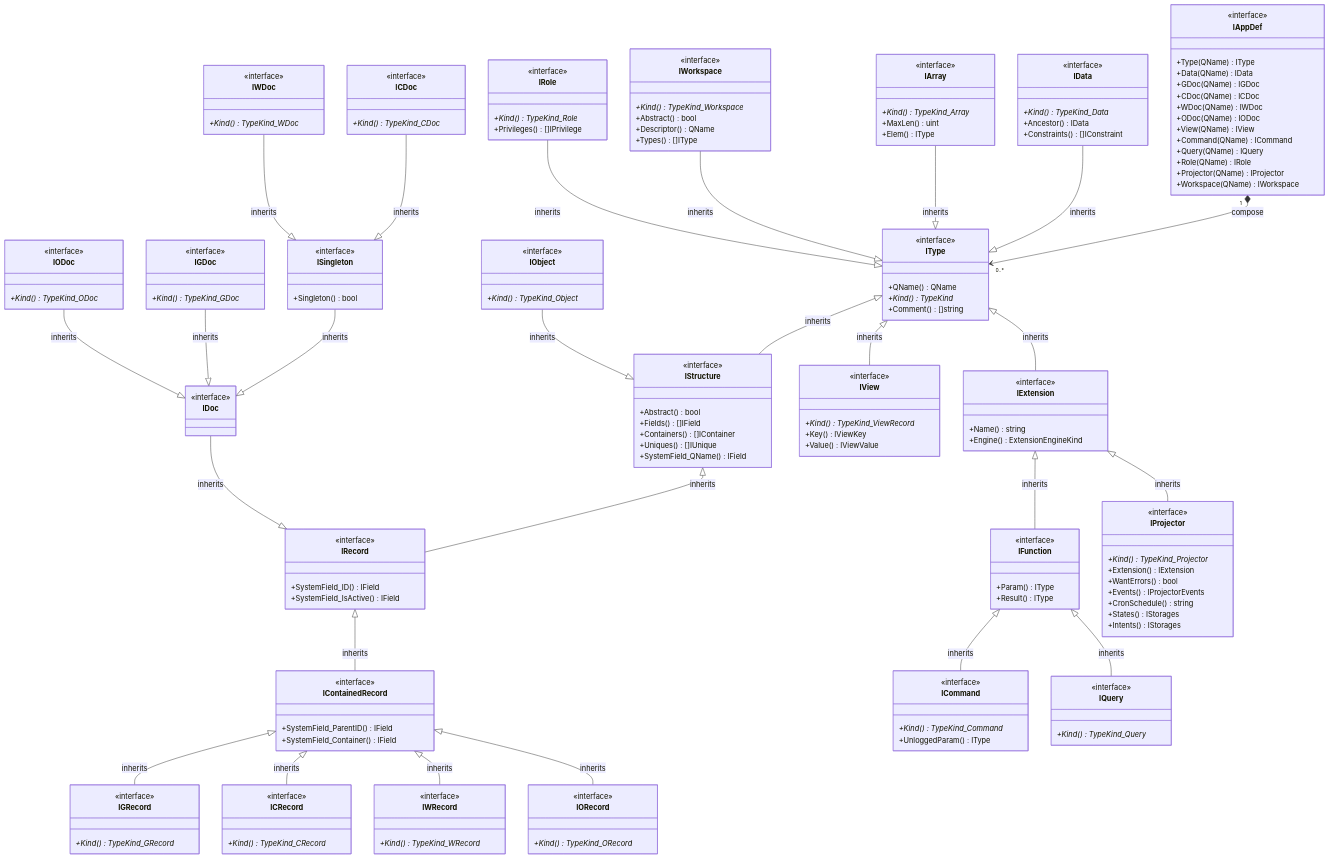
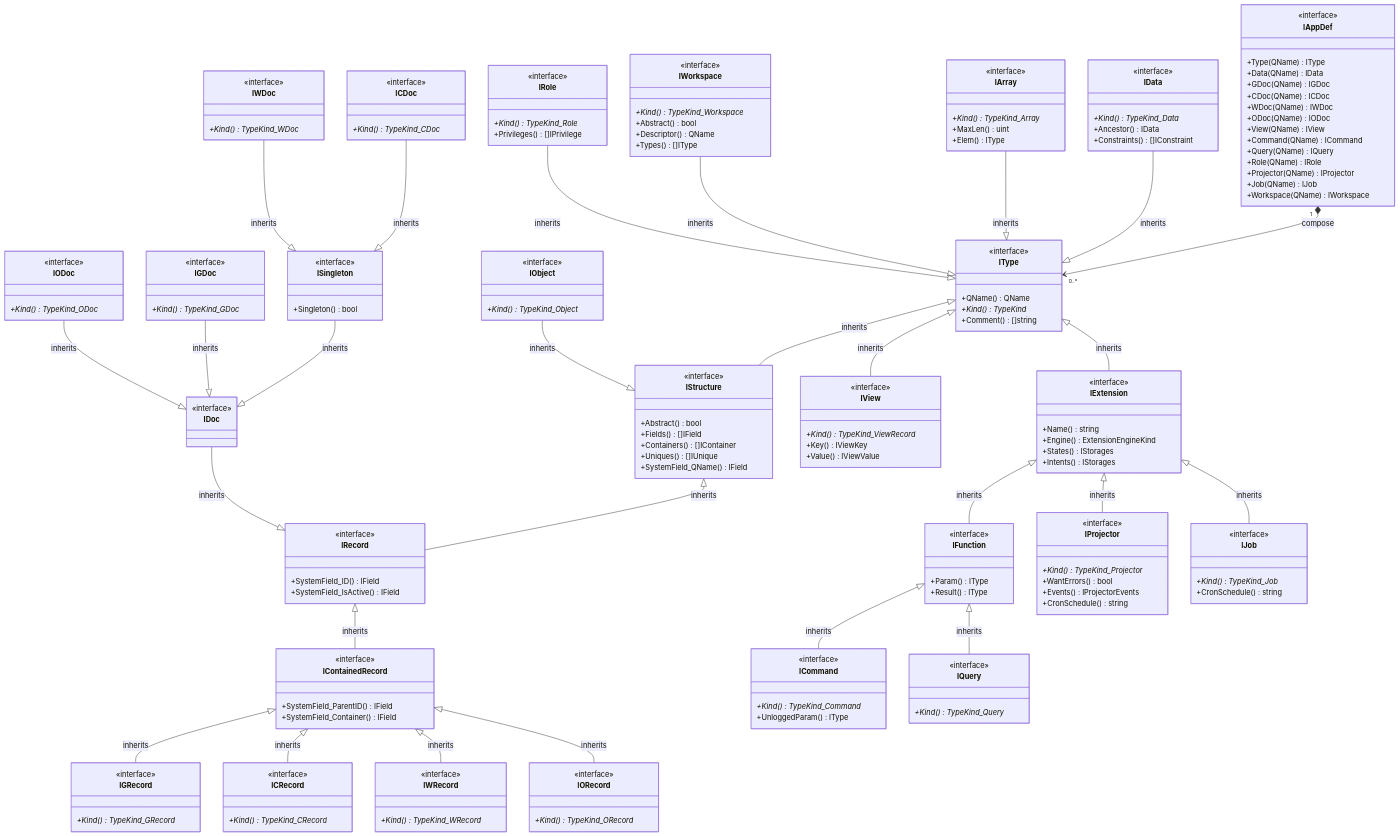
One commit to voedger/voedger changed the first of 8 diagrams in pkg/appdef/README.md. Above: the diagram before and after it, drawn with Mermaid. The commit also changed other lines of this file, not shown here.

```diff
--- a/pkg/appdef/README.md
+++ b/pkg/appdef/README.md
@@ -21,6 +21,7 @@
         +Query(QName) IQuery
         +Role(QName) IRole
         +Projector(QName) IProjector
+        +Job(QName) IJob
         +Workspace(QName) IWorkspace
     }
     IAppDef "1" *--> "0..*" IType : compose
@@ -150,6 +151,8 @@
         <<interface>>
         +Name() string
         +Engine() ExtensionEngineKind
+        +States() IStorages
+        +Intents() IStorages
     }
 
     IExtension <|-- IFunction : inherits
@@ -176,12 +179,16 @@
     class IProjector {
         <<interface>>
         +Kind()* TypeKind_Projector
-        +Extension() IExtension
         +WantErrors() bool
         +Events() IProjectorEvents
         +CronSchedule() string
-        +States() IStorages
-        +Intents() IStorages
+    }
+
+    IExtension <|-- IJob : inherits
+    class IJob {
+        <<interface>>
+        +Kind()* TypeKind_Job
+        +CronSchedule() string
     }
 
     IWorkspace --|> IType : inherits
```
